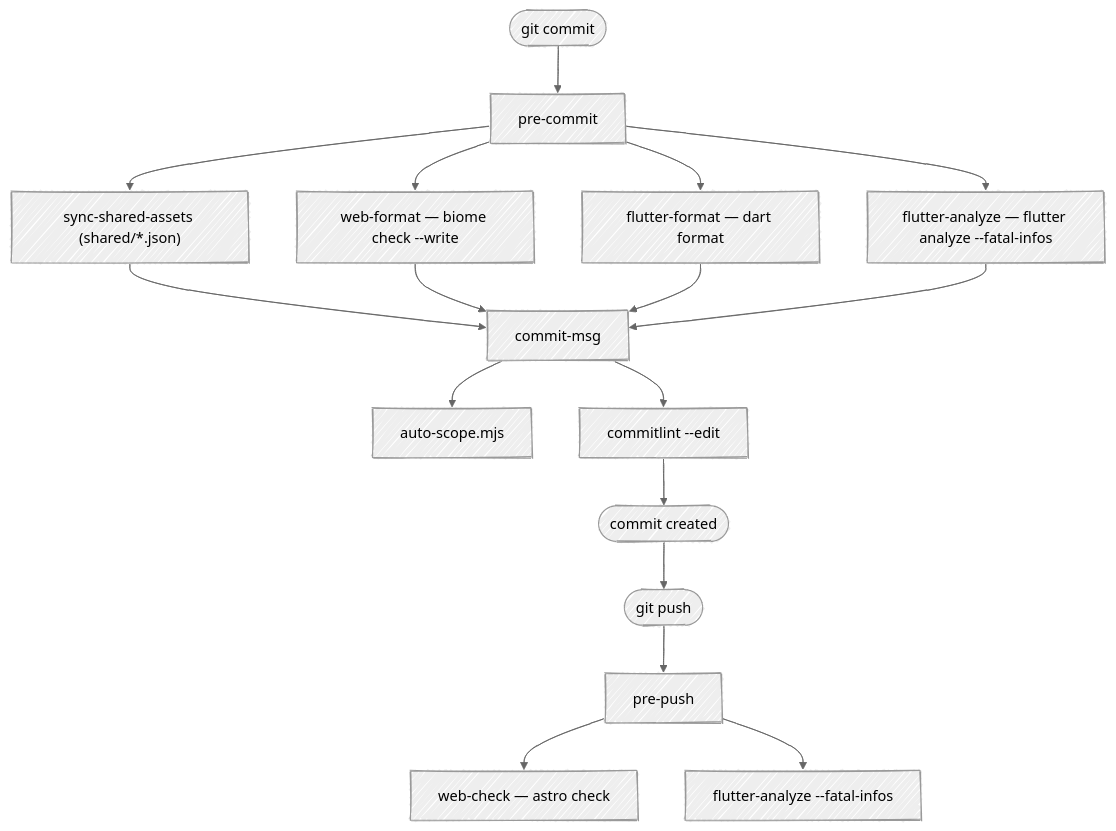
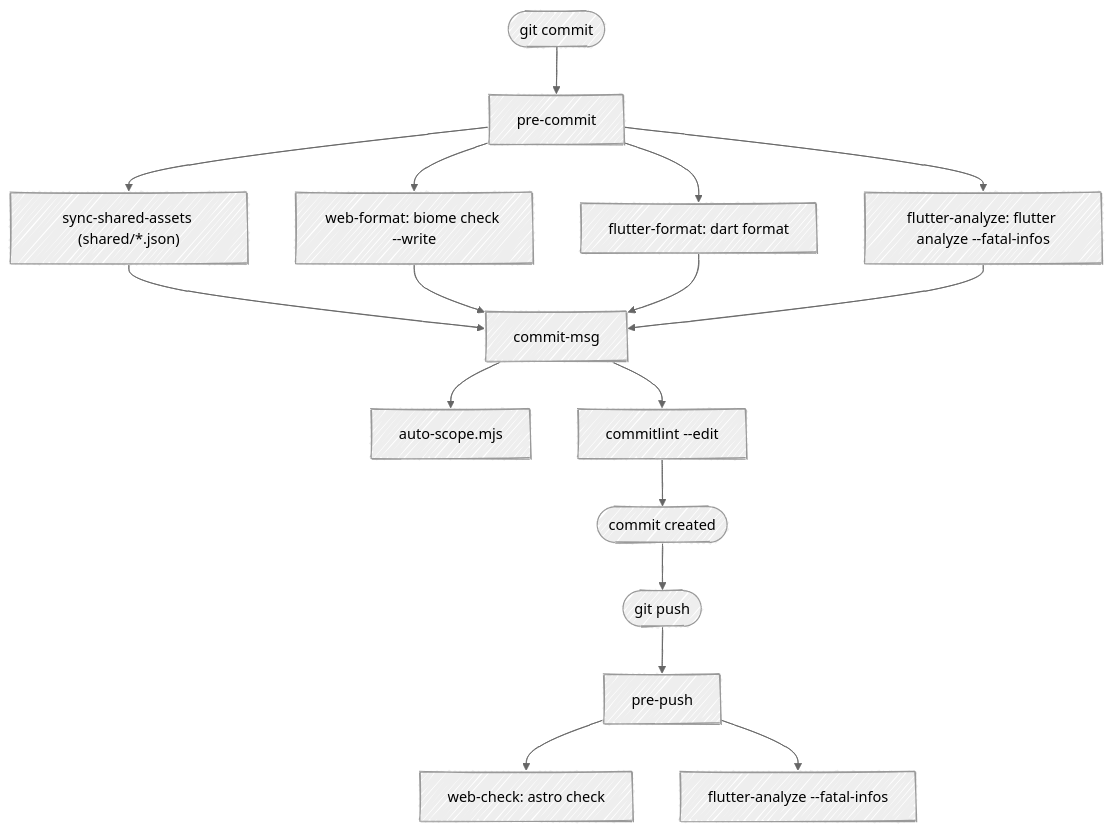
The diagram in docs/wiki/Git-Hooks.md (fbuireu/contribKit), drawn with Mermaid before and after one commit. The commit also changed other lines of this file and 17 other files, not shown here.

````diff
--- a/docs/wiki/Git-Hooks.md
+++ b/docs/wiki/Git-Hooks.md
@@ -38,20 +38,20 @@
 ```mermaid
 ---
 config:
   look: handDrawn
   theme: neutral
 ---
 flowchart TD
     commit(["git commit"]) --> pc["pre-commit"]
     pc --> sync["sync-shared-assets (shared/*.json)"]
-    pc --> webfmt["web-format — biome check --write"]
-    pc --> dartfmt["flutter-format — dart format"]
-    pc --> analyze["flutter-analyze — flutter analyze --fatal-infos"]
+    pc --> webfmt["web-format: biome check --write"]
+    pc --> dartfmt["flutter-format: dart format"]
+    pc --> analyze["flutter-analyze: flutter analyze --fatal-infos"]
     sync & webfmt & dartfmt & analyze --> cm["commit-msg"]
     cm --> scope["auto-scope.mjs"]
     cm --> lint["commitlint --edit"]
     lint --> done(["commit created"])
     done --> push(["git push"]) --> pp["pre-push"]
-    pp --> webcheck["web-check — astro check"]
+    pp --> webcheck["web-check: astro check"]
     pp --> dartcheck["flutter-analyze --fatal-infos"]
 ```
````
